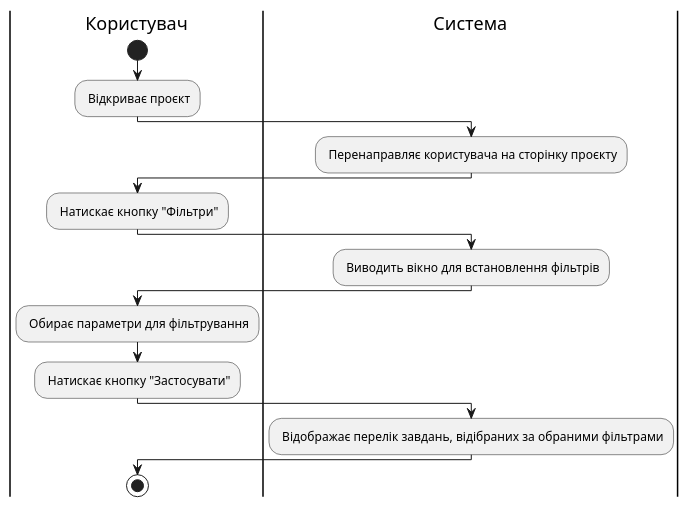
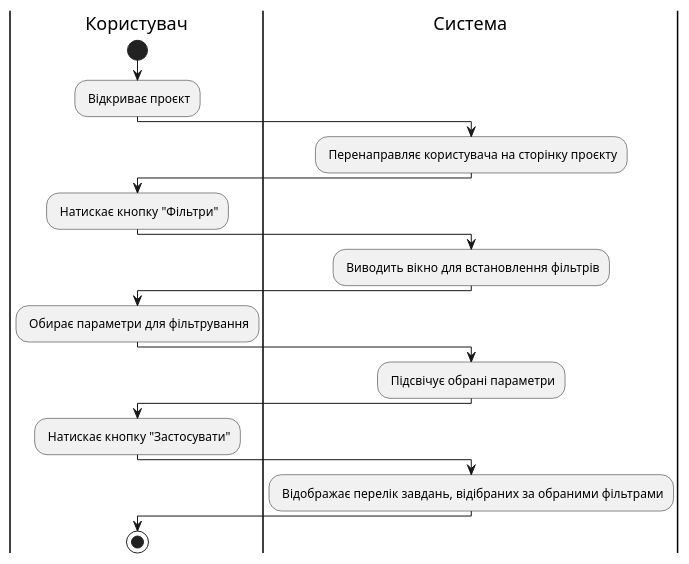
One commit to samoilenkomariia/db-coursework changed the sixth of 6 diagrams in docs/use cases/README.md. Above: the diagram before and after it, drawn with PlantUML. The commit also changed other lines of this file, not shown here.

Commit message:
Update use cases diagrams

```diff
--- a/docs/use cases/README.md
+++ b/docs/use cases/README.md
@@ -370,25 +370,30 @@
 @startuml
 
     |Користувач|
     start;
     : Відкриває проєкт;
     
     |Система|
     : Перенаправляє користувача на сторінку проєкту;
     
     |Користувач|
     : Натискає кнопку "Фільтри";
 
     |Система|
     : Виводить вікно для встановлення фільтрів;
 
     |Користувач|
     : Обирає параметри для фільтрування;
+    
+    |Система|
+    : Підсвічує обрані параметри;
+
+    |Користувач|
     : Натискає кнопку "Застосувати";
     
     |Система|
     : Відображає перелік завдань, відібраних за обраними фільтрами;
 
     |Користувач|
         stop;
 @enduml
```
